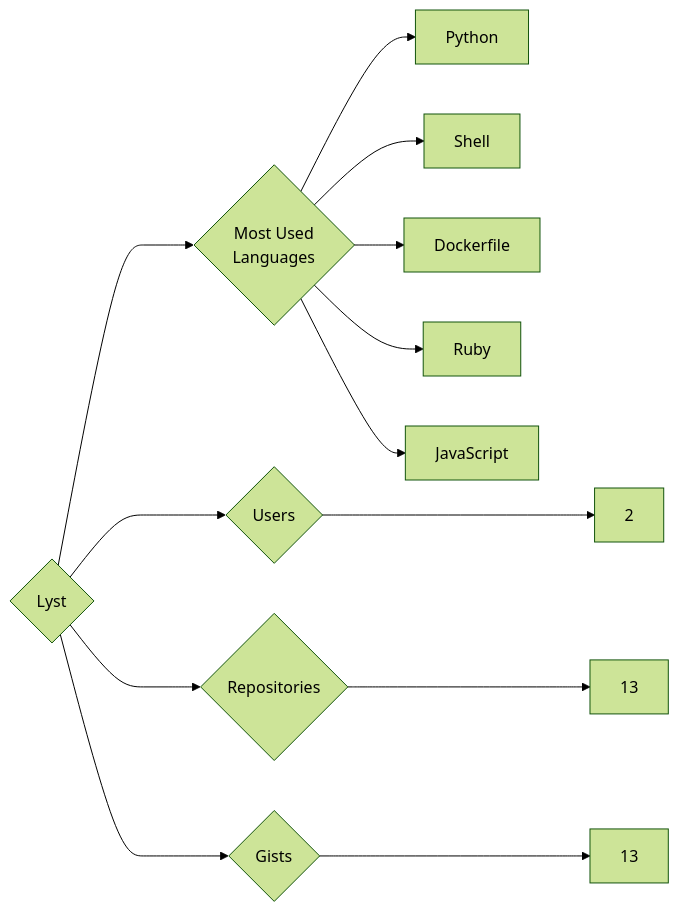
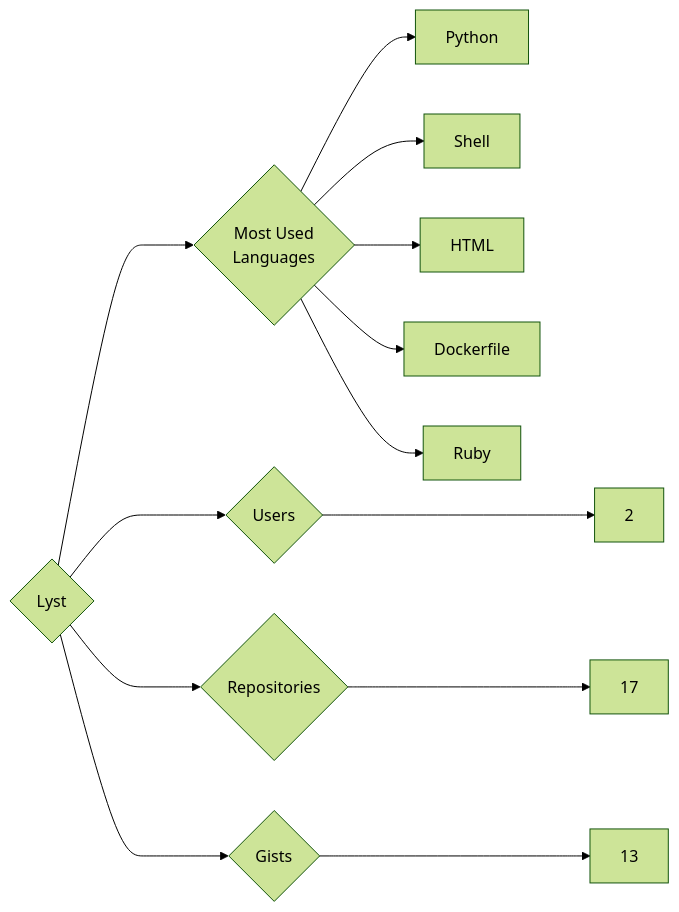
One commit to trickest/insiders changed the diagram in targets/Lyst/README.md. Above: the diagram before and after it, drawn with Mermaid (forest theme). The commit also changed 914 other files, not shown here.

````diff
--- a/targets/Lyst/README.md
+++ b/targets/Lyst/README.md
@@ -3,13 +3,13 @@
 ```mermaid
 graph LR
 COMPANY_NAME{Lyst}
 COMPANY_NAME ---> U{Users} ---> UN[2]
-COMPANY_NAME ---> R{Repositories} ---> RN[13]
+COMPANY_NAME ---> R{Repositories} ---> RN[17]
 COMPANY_NAME ---> G{Gists} ---> GN[13]
 COMPANY_NAME ---> ML{Most Used<br>Languages}
 ML --> Python[Python]
 ML --> Shell[Shell]
+ML --> HTML[HTML]
 ML --> Dockerfile[Dockerfile]
 ML --> Ruby[Ruby]
-ML --> JavaScript[JavaScript]
 ```
````
